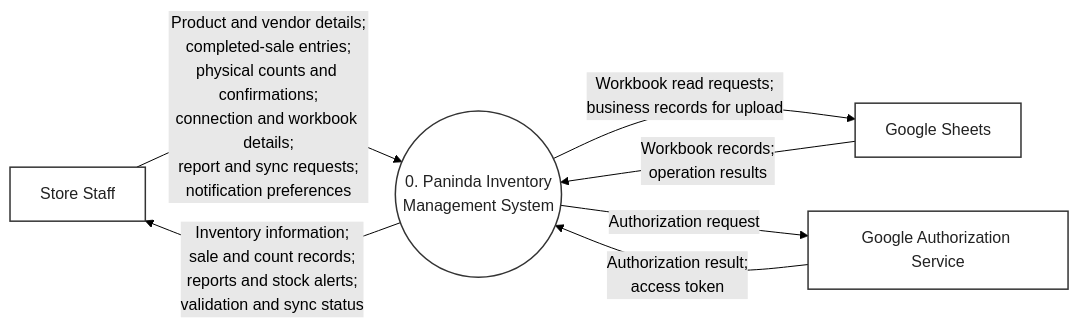
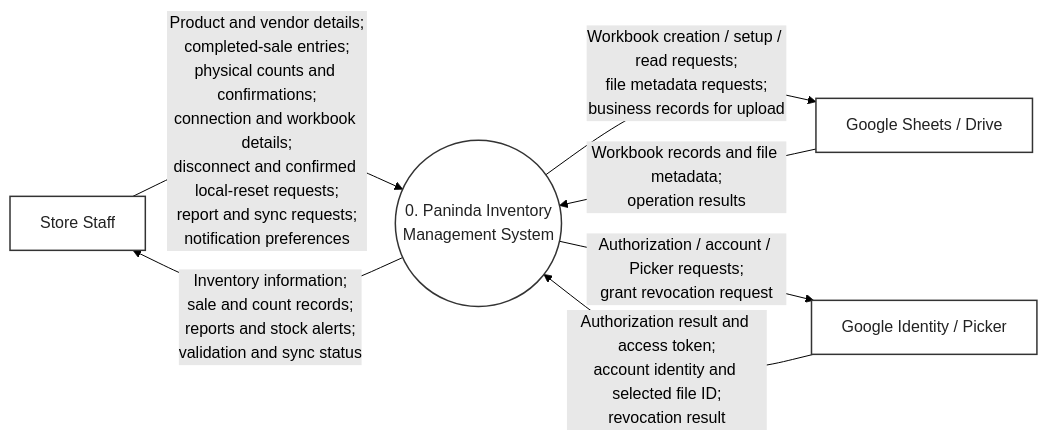
The diagram in docs/diagrams/dfd-level-0-context.mmd (wmcbtech30/pnd-swe), drawn with Mermaid (forest theme) before and after one commit. The commit also changed 4 other files, not shown here.

Commit message:
Add reviewed draw.io DFDs and align Mermaid sources

```diff
--- a/docs/diagrams/dfd-level-0-context.mmd
+++ b/docs/diagrams/dfd-level-0-context.mmd
@@ -1,32 +1,32 @@
 %% Paninda — Level 0 DFD (Context Diagram)
 %% Purpose: editable source/specification for visualizing the implemented system.
 %% AI AGENT INSTRUCTIONS:
 %% - If asked to visualize in draw.io, use its connector and read its reference first.
 %% - Draw Staff, Sheets and Google as plain, square-cornered external-entity rectangles.
 %% - Draw Paninda as ONE circular process numbered 0 (equal width/height in draw.io).
 %% - All descriptions between arrow delimiters are connector labels, NEVER extra boxes.
 %% - Use separate directed connectors for input and output. Preserve arrow directions.
 %% - Do not add internal processes, databases, Room, or device preferences at Level 0.
 %% - Do not add receiving, payment processing, staff roles, or other pending features.
 %% - Keep the external data flows balanced with dfd-level-1.mmd.
 %% - Export as SVG for a paper; avoid overlapping labels, nodes and connectors.
 
 flowchart LR
     Staff["Store Staff"]
-    Sheets["Google Sheets"]
-    Google["Google Authorization Service"]
+    Sheets["Google Sheets / Drive"]
+    Google["Google Identity / Picker"]
     Paninda(("0. Paninda Inventory<br/>Management System"))
 
-    Staff -->|"Product and vendor details;<br/>completed-sale entries;<br/>physical counts and confirmations;<br/>connection and workbook details;<br/>report and sync requests;<br/>notification preferences"| Paninda
+    Staff -->|"Product and vendor details;<br/>completed-sale entries;<br/>physical counts and confirmations;<br/>connection and workbook details;<br/>disconnect and confirmed local-reset requests;<br/>report and sync requests;<br/>notification preferences"| Paninda
     Paninda -->|"Inventory information;<br/>sale and count records;<br/>reports and stock alerts;<br/>validation and sync status"| Staff
 
-    Paninda -->|"Workbook read requests;<br/>business records for upload"| Sheets
-    Sheets -->|"Workbook records;<br/>operation results"| Paninda
+    Paninda -->|"Workbook creation / setup / read requests;<br/>file metadata requests;<br/>business records for upload"| Sheets
+    Sheets -->|"Workbook records and file metadata;<br/>operation results"| Paninda
 
-    Paninda -->|"Authorization request"| Google
-    Google -->|"Authorization result;<br/>access token"| Paninda
+    Paninda -->|"Authorization / account / Picker requests;<br/>grant revocation request"| Google
+    Google -->|"Authorization result and access token;<br/>account identity and selected file ID;<br/>revocation result"| Paninda
 
     classDef entity fill:#ffffff,stroke:#333333,color:#222222,stroke-width:1.5px;
     classDef process fill:#ffffff,stroke:#333333,color:#222222,stroke-width:1.5px;
     class Staff,Sheets,Google entity;
     class Paninda process;
```
